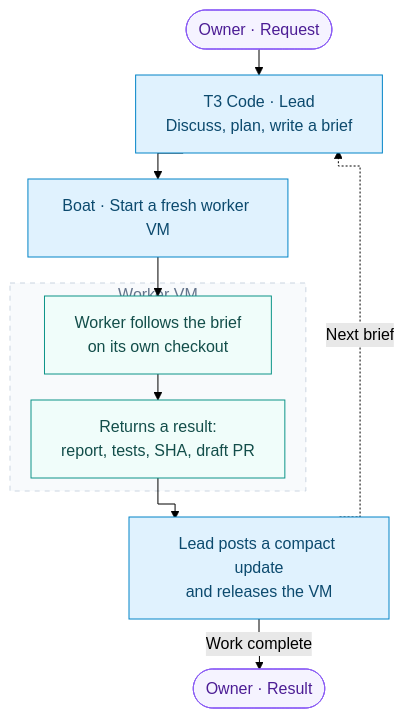
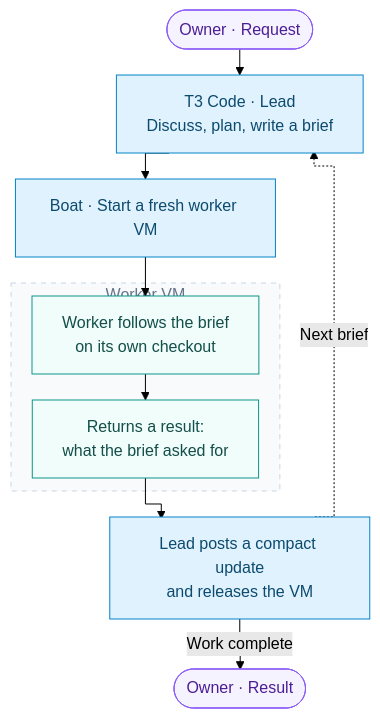
Before and after one commit to pogorelov17/t3-boat: the diagram in README.md, drawn with Mermaid (forest theme). The commit also changed other lines of this file and 17 other files, not shown here.

````diff
--- a/README.md
+++ b/README.md
@@ -14,26 +14,26 @@
 ```mermaid
 %%{init: {"flowchart": {"curve": "stepAfter", "rankSpacing": 26, "nodeSpacing": 22}}}%%
 flowchart TB
     A(["Owner · Request"]):::endpoint
     B["T3 Code · Lead<br/>Discuss, plan, write a brief"]:::lead
     C["Boat · Start a fresh worker VM"]:::lead
 
     subgraph VM["Worker VM"]
         D["Worker follows the brief<br/>on its own checkout"]:::work
-        R["Returns a result:<br/>report, tests, SHA, draft PR"]:::work
+        R["Returns a result:<br/>what the brief asked for"]:::work
         D --> R
     end
 
     F["Lead posts a compact update<br/>and releases the VM"]:::lead
     G(["Owner · Result"]):::endpoint
 
     A --> B --> C --> D
     R --> F
     F -->|Work complete| G
     F -.->|Next brief| B
 
     classDef lead fill:#e0f2fe,stroke:#0284c7,color:#0c4a6e
     classDef work fill:#f0fdfa,stroke:#0d9488,color:#134e4a
     classDef endpoint fill:#f5f3ff,stroke:#8b5cf6,color:#4c1d95
     style VM fill:#f8fafc,stroke:#cbd5e1,stroke-dasharray:5 5,color:#64748b
 ```
````
